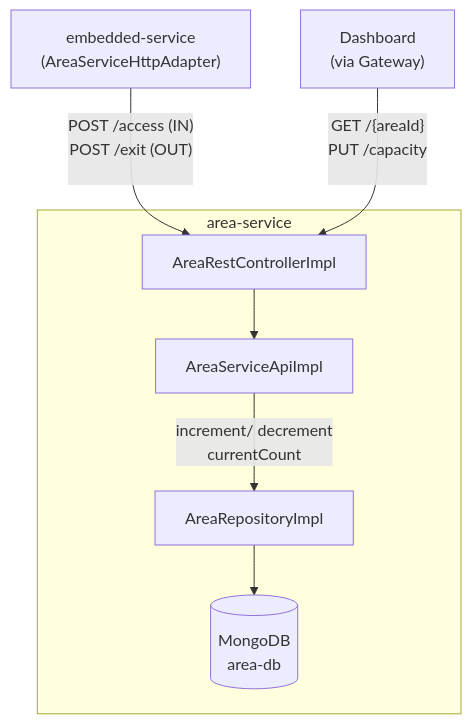
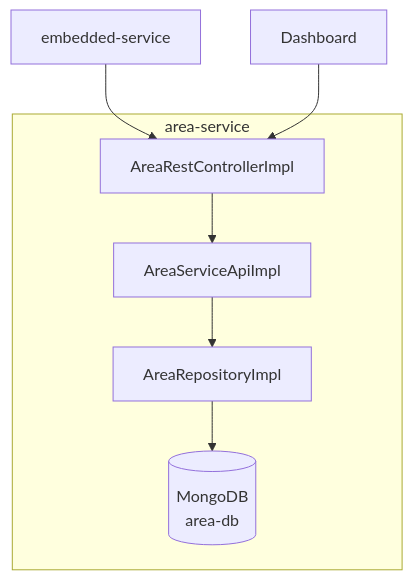
The sixth of 10 diagrams in docs/report/Implementation.md (piertv21/SmartGym-Monitor), drawn with Mermaid before and after one commit. The commit also changed other lines of this file and 6 other files, not shown here.

````diff
--- a/docs/report/Implementation.md
+++ b/docs/report/Implementation.md
@@ -195,15 +194,15 @@
 ```mermaid
 flowchart TD
-    EMB["embedded-service\n(AreaServiceHttpAdapter)"]
-    DASH["Dashboard\n(via Gateway)"]
+    EMB["embedded-service"]
+    DASH["Dashboard"]
 
     subgraph area-service
         CTRL["AreaRestControllerImpl"]
         CTRL --> API["AreaServiceApiImpl"]
-        API -->|"increment/ decrement\ncurrentCount"| REPO["AreaRepositoryImpl"]
+        API --> REPO["AreaRepositoryImpl"]
         REPO --> DB[(MongoDB\narea-db)]
     end
 
-    EMB -->|"POST /access (IN)\nPOST /exit (OUT)\n\n"    | CTRL
-    DASH -->|"GET /{areaId}\nPUT /capacity"\n\n| CTRL
+    EMB --> CTRL
+    DASH --> CTRL
 ```
````
